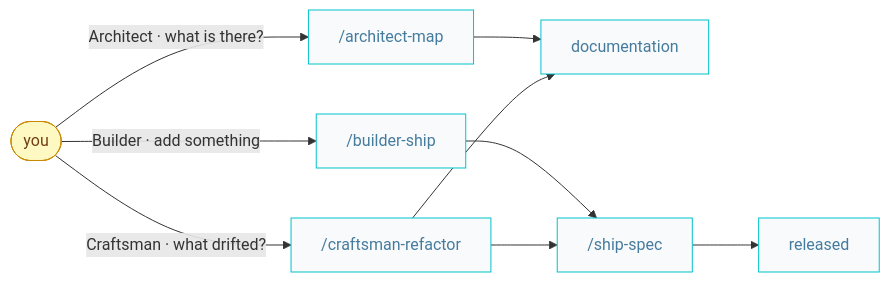
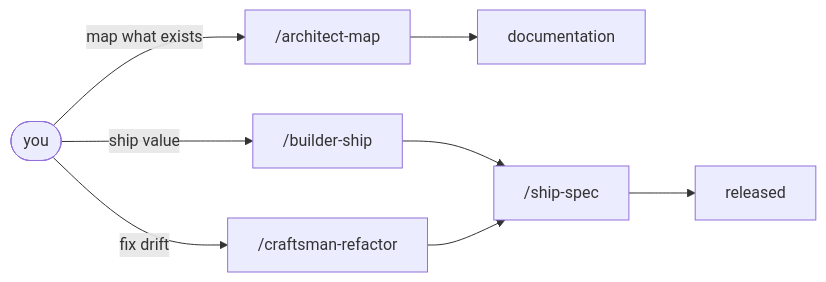
The first of 4 diagrams in docs/AIDD.workflow.md (AIDDbot/AIDDbot), drawn with Mermaid before and after one commit. The commit also changed other lines of this file and 3 other files, not shown here.

````diff
--- a/docs/AIDD.workflow.md
+++ b/docs/AIDD.workflow.md
@@ -26,17 +27,11 @@
 ```mermaid
 flowchart LR
-  classDef nd fill:#f8fafc,stroke:#00c4cc,color:#457b9d
-  classDef hum fill:#fef9c3,stroke:#ca8a04,color:#713f12
-
-  YOU([you]):::hum
-
-  YOU -->|"Architect · what is there?"| EXP["/architect-map"]:::nd
-  YOU -->|"Builder · add something"| FEA["/builder-ship"]:::nd
-  YOU -->|"Craftsman · what drifted?"| DRF["/craftsman-refactor"]:::nd
-
-  EXP --> DOC["documentation"]:::nd
-  FEA --> SHIP["/ship-spec"]:::nd
-  DRF --> DOC
-  DRF --> SHIP
-  SHIP --> REL["released"]:::nd
+  YOU([you])
+  YOU -->|map what exists| ARC["/architect-map"]
+  YOU -->|ship value| BLD["/builder-ship"]
+  YOU -->|fix drift| CRF["/craftsman-refactor"]
+  ARC --> DOC[documentation]
+  BLD --> MACH["/ship-spec"]
+  CRF --> MACH
+  MACH --> REL[released]
 ```
````
